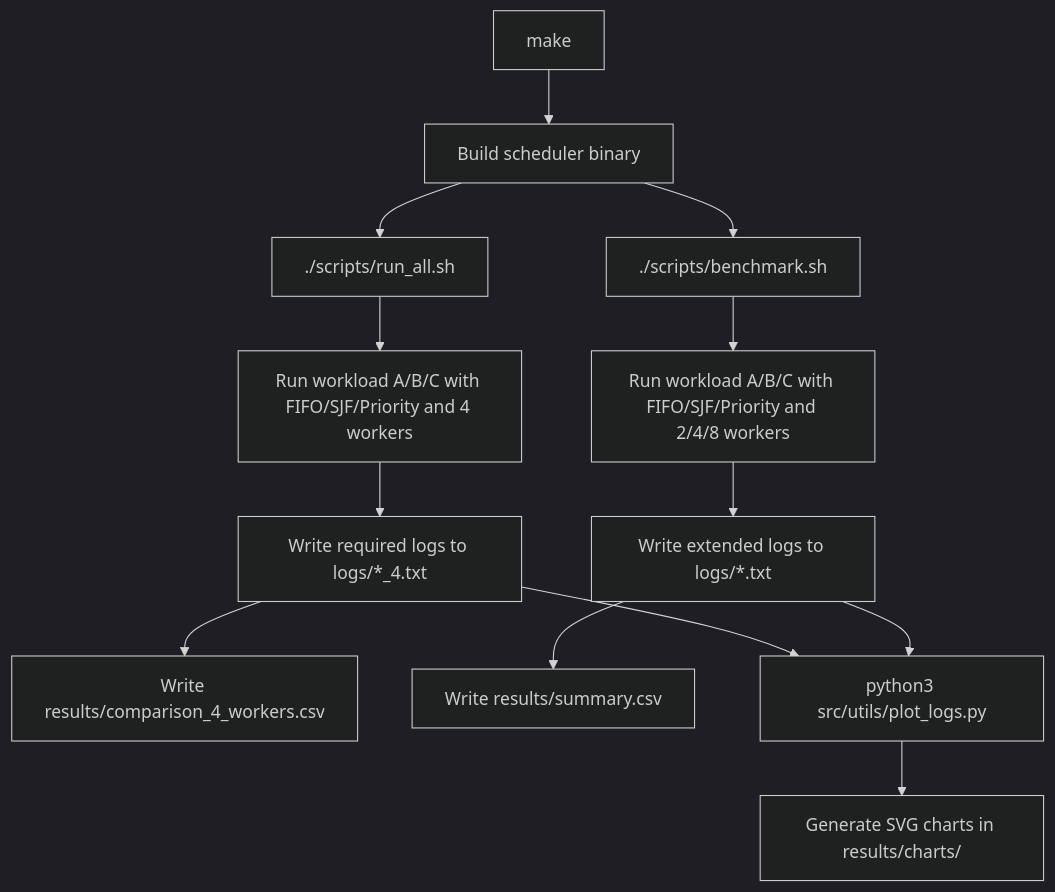
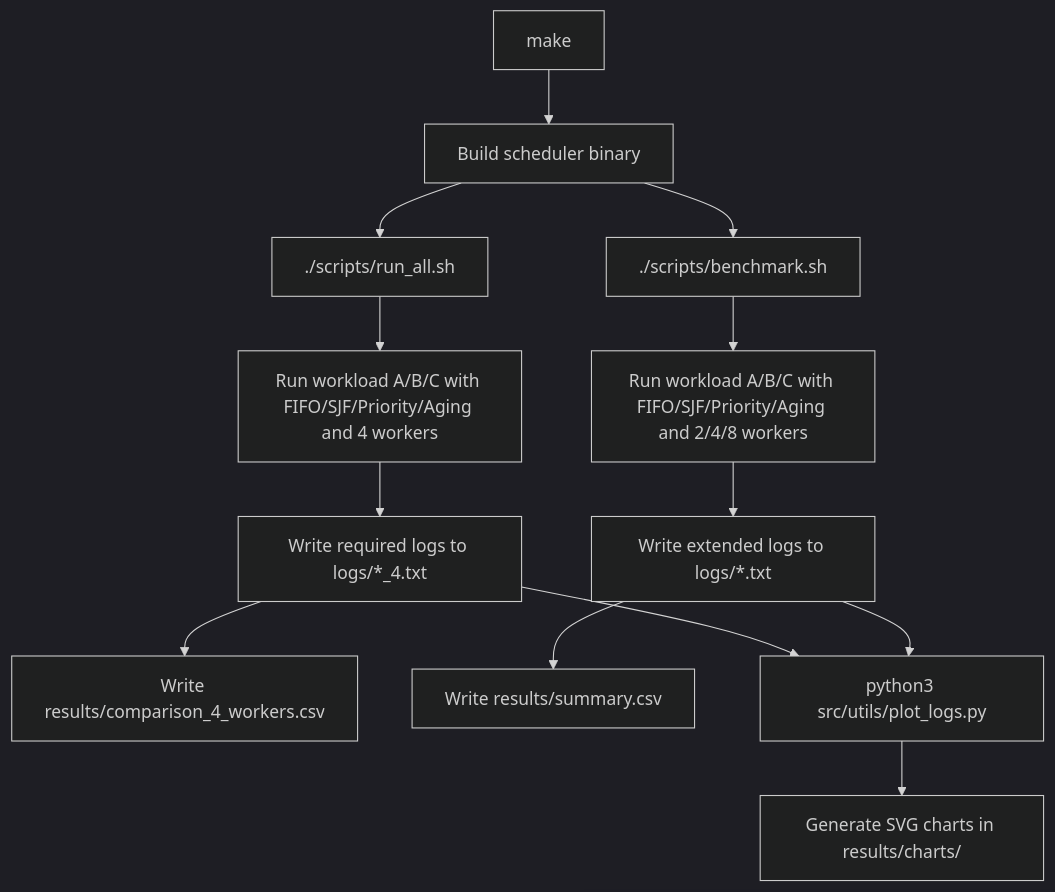
The fourth of 5 diagrams in docs/project_workflow.md (5vibecoderhcmut/week_4_lab_OS), drawn with Mermaid (dark theme) before and after one commit. The commit also changed 44 other files, not shown here.

Commit message:
Include aging policy in results and charts

````diff
--- a/docs/project_workflow.md
+++ b/docs/project_workflow.md
@@ -90,17 +90,17 @@
 ```mermaid
 flowchart TD
     A["make"] --> B["Build scheduler binary"]
     B --> C["./scripts/run_all.sh"]
-    C --> D["Run workload A/B/C with FIFO/SJF/Priority and 4 workers"]
+    C --> D["Run workload A/B/C with FIFO/SJF/Priority/Aging and 4 workers"]
     D --> E["Write required logs to logs/*_4.txt"]
     E --> F["Write results/comparison_4_workers.csv"]
 
     B --> G["./scripts/benchmark.sh"]
-    G --> H["Run workload A/B/C with FIFO/SJF/Priority and 2/4/8 workers"]
+    G --> H["Run workload A/B/C with FIFO/SJF/Priority/Aging and 2/4/8 workers"]
     H --> I["Write extended logs to logs/*.txt"]
     I --> J["Write results/summary.csv"]
 
     E --> K["python3 src/utils/plot_logs.py"]
     I --> K
     K --> L["Generate SVG charts in results/charts/"]
 ```
````
